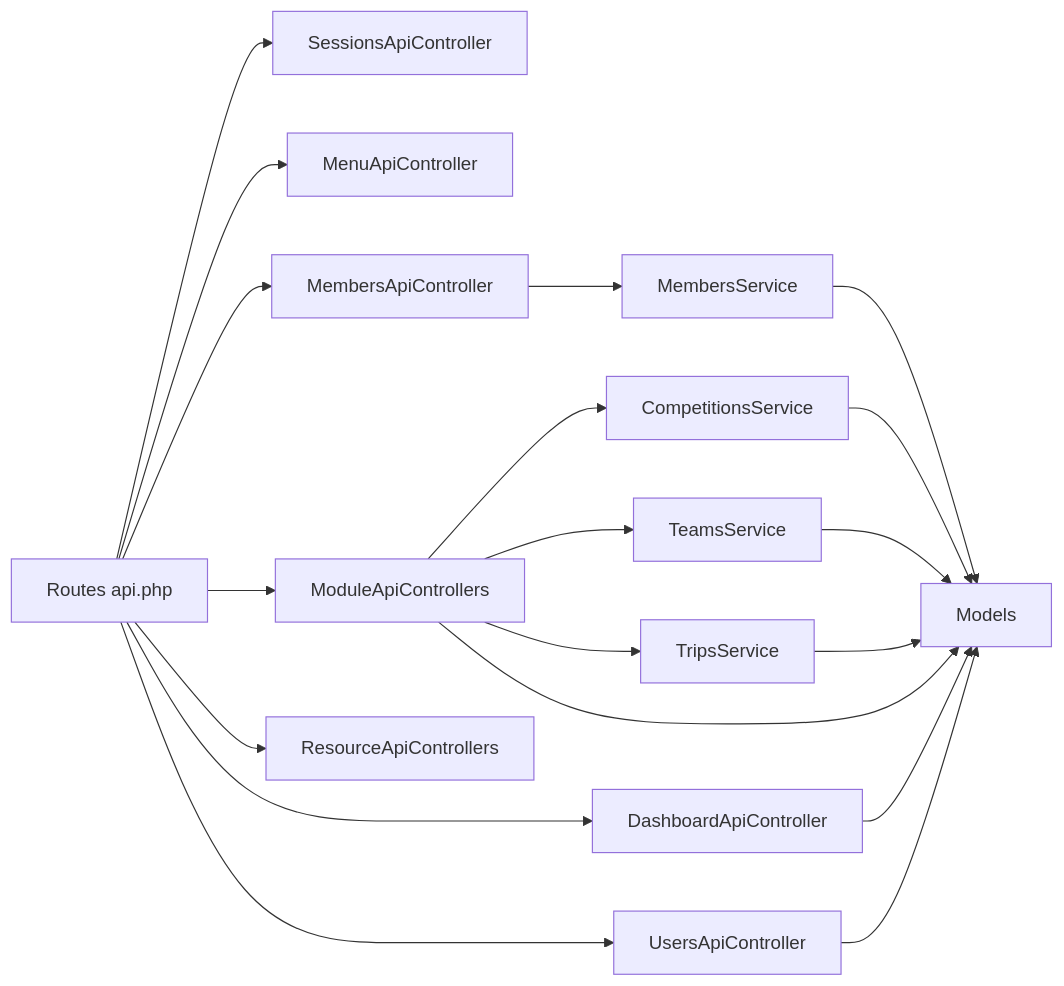
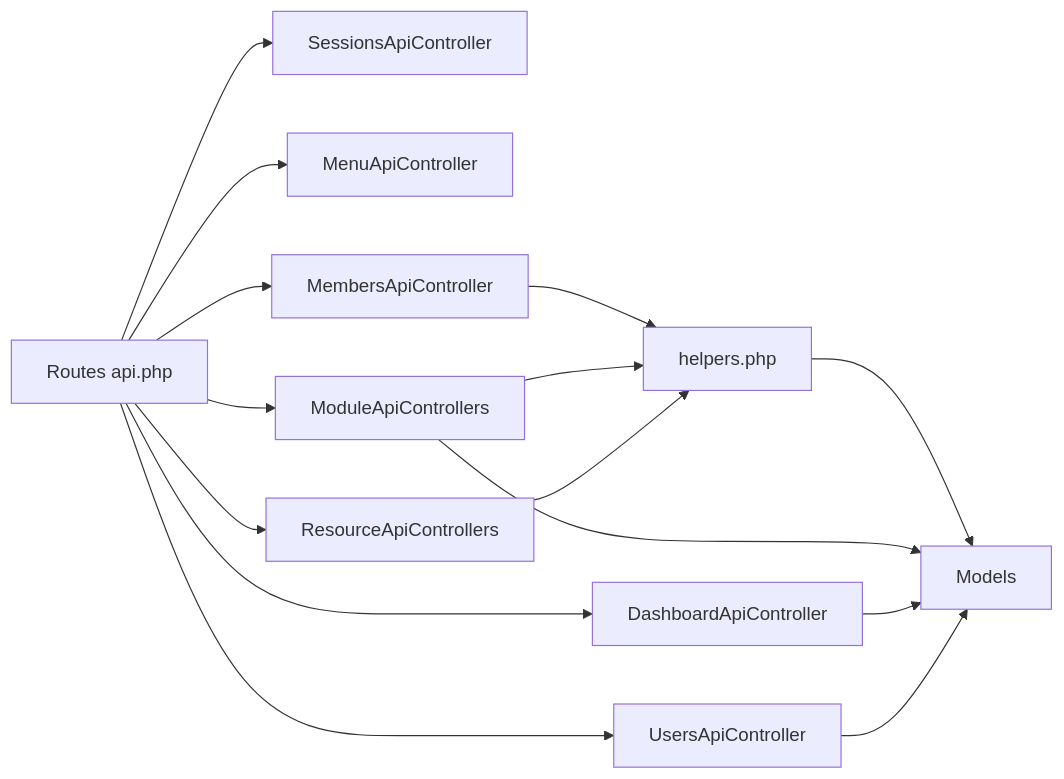
Before and after one commit to ricardofilipebondor/web-technologies-2026: the third of 12 diagrams in docs/ARCHITECTURE.md, drawn with Mermaid. The commit also changed other lines of this file and 44 other files, not shown here.

Commit message:
Refactorizeaza backendul: elimina plugin-urile si serviciile, consolideaza logica in helpers.php

````diff
--- a/docs/ARCHITECTURE.md
+++ b/docs/ARCHITECTURE.md
@@ -61,18 +62,17 @@
 ```mermaid
 flowchart LR
     R[Routes api.php] --> S1[SessionsApiController]
     R --> S2[UsersApiController]
     R --> S3[MenuApiController]
     R --> A2[MembersApiController]
     R --> A3[DashboardApiController]
     R --> A4[ModuleApiControllers]
     R --> A5[ResourceApiControllers]
-    A2 --> SVC1[MembersService] --> M[Models]
-    A4 --> SVC2[CompetitionsService]
-    A4 --> SVC3[TeamsService]
-    A4 --> SVC4[TripsService]
-    SVC2 & SVC3 & SVC4 --> M
+    A2 --> HLP[helpers.php]
+    A4 --> HLP
+    A5 --> HLP
+    HLP --> M[Models]
     A4 --> M
     A3 --> M
     S2 --> M
 ```
````
